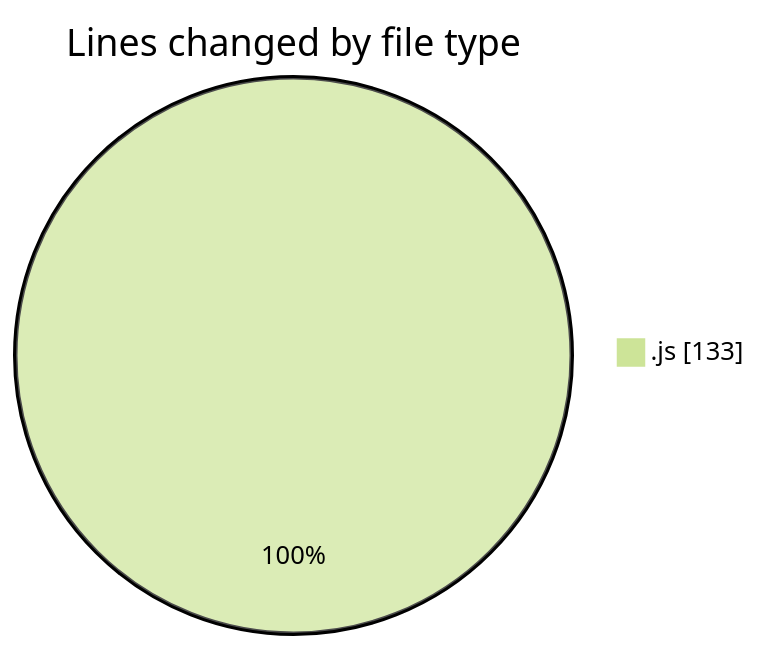
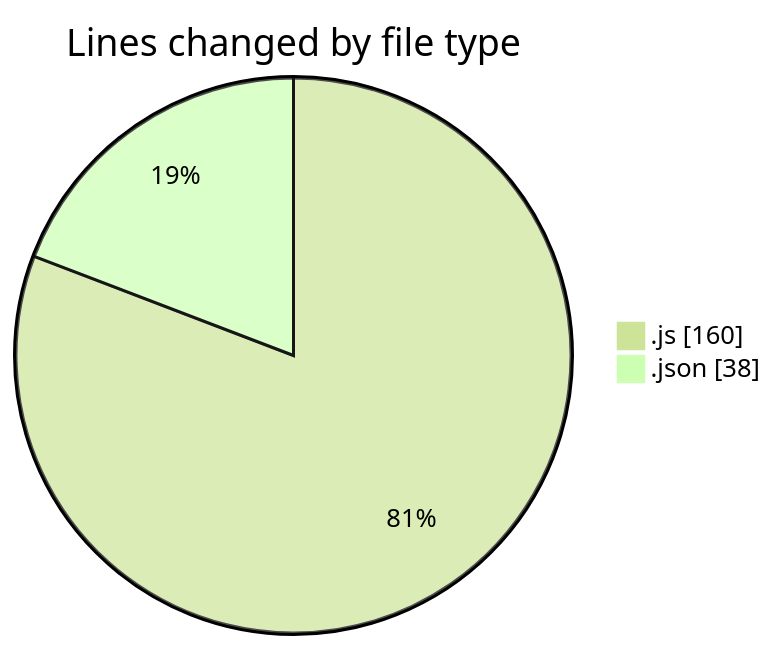
Before and after one commit to BS-eng2023/code-tracking: the first of 2 diagrams in 2025-03-24/aufgabe_250321/README.md, drawn with Mermaid (forest theme). The commit also changed other lines of this file and 1 other file, not shown here.

````diff
--- a/2025-03-24/aufgabe_250321/README.md
+++ b/2025-03-24/aufgabe_250321/README.md
@@ -21,5 +23,6 @@
 ```mermaid
 pie showData
 title Lines changed by file type
-".js" : 133
+".js" : 160
+".json" : 38
 ```
````
